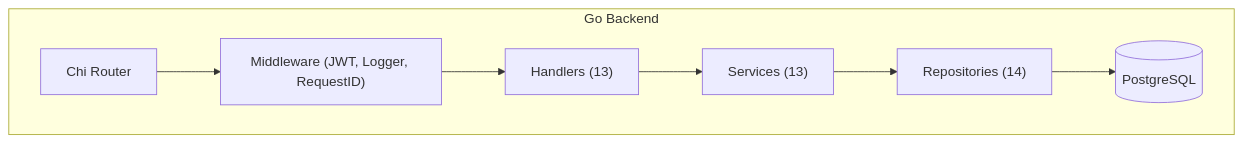
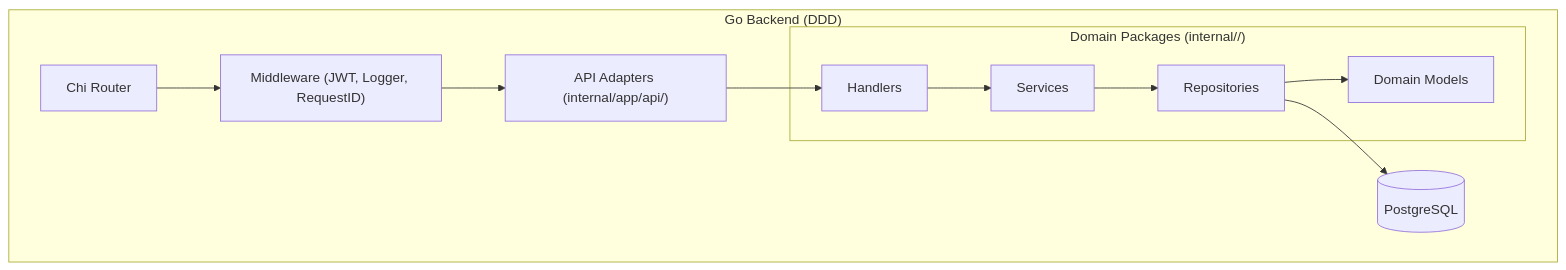
The second of 3 diagrams in docs/architecture/MODULE_DIAGRAM.md (dectecx/SummitMate), drawn with Mermaid before and after one commit. The commit also changed 2 other files, not shown here.

Commit message:
docs: update backend architecture documentation for DDD migration
- Update `backend/README.md` directory structure and dev guide.
- Synchronize `docs/architecture/PROJECT_STRUCTURE.md` with new layout.
- Update Mermaid diagrams in `MODULE_DIAGRAM.md` to show domain encapsulation.

````diff
--- a/docs/architecture/MODULE_DIAGRAM.md
+++ b/docs/architecture/MODULE_DIAGRAM.md
@@ -83,16 +83,24 @@
 ```mermaid
 graph TB
-    subgraph Backend["Go Backend"]
+    subgraph Backend["Go Backend (DDD)"]
         Router["Chi Router"]
         MW["Middleware (JWT, Logger, RequestID)"]
-        Handlers["Handlers (13)"]
-        Services["Services (13)"]
-        Repos["Repositories (14)"]
+
+        subgraph DomainPkg["Domain Packages (internal/<domain>/)"]
+            Handlers["Handlers"]
+            Services["Services"]
+            Models["Domain Models"]
+            Repos["Repositories"]
+        end
+
+        Adapters["API Adapters (internal/app/api/)"]
         PG[(PostgreSQL)]
     end
 
-    Router --> MW --> Handlers
+    Router --> MW --> Adapters
+    Adapters --> Handlers
     Handlers --> Services
     Services --> Repos
+    Repos --> Models
     Repos --> PG
 ```
````
